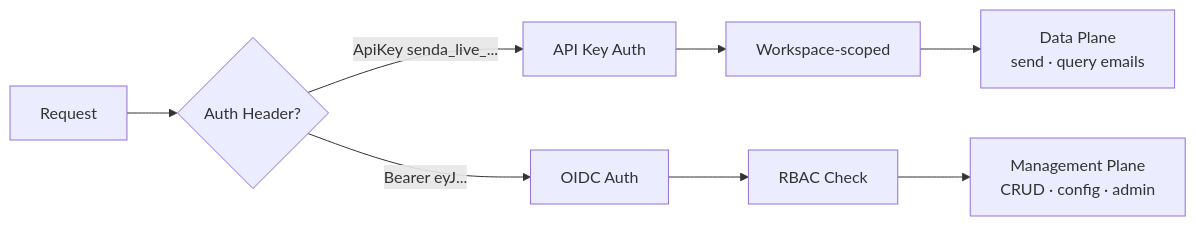
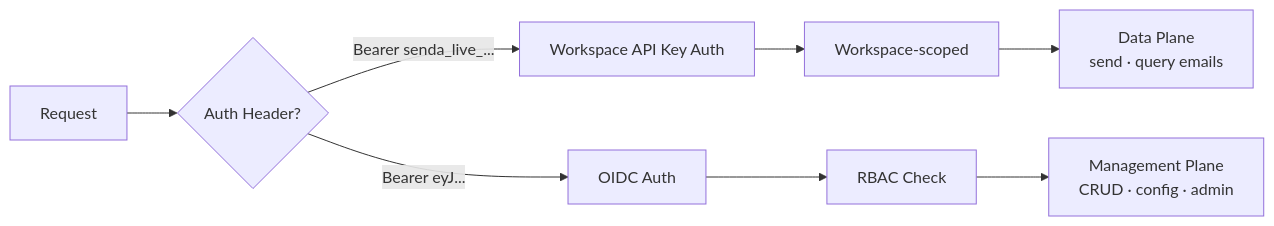
The fourth of 4 diagrams in README.md (rendis/senda), drawn with Mermaid before and after one commit. The commit also changed other lines of this file and 103 other files, not shown here.

First line of the commit message:
Comprehensive system hardening: security, performance, reliability, concurrency, architecture

````diff
--- a/README.md
+++ b/README.md
@@ -282,13 +282,13 @@
 ```mermaid
 flowchart LR
     REQ[Request] --> CHECK{Auth Header?}
 
-    CHECK -->|"ApiKey senda_live_..."| AK[API Key Auth]
+    CHECK -->|"Bearer senda_live_..."| AK[Workspace API Key Auth]
     CHECK -->|"Bearer eyJ..."| OIDC[OIDC Auth]
 
     AK --> WS[Workspace-scoped]
     WS --> DP[Data Plane<br/>send · query emails]
 
     OIDC --> RBAC[RBAC Check]
     RBAC --> MP[Management Plane<br/>CRUD · config · admin]
 ```
````
